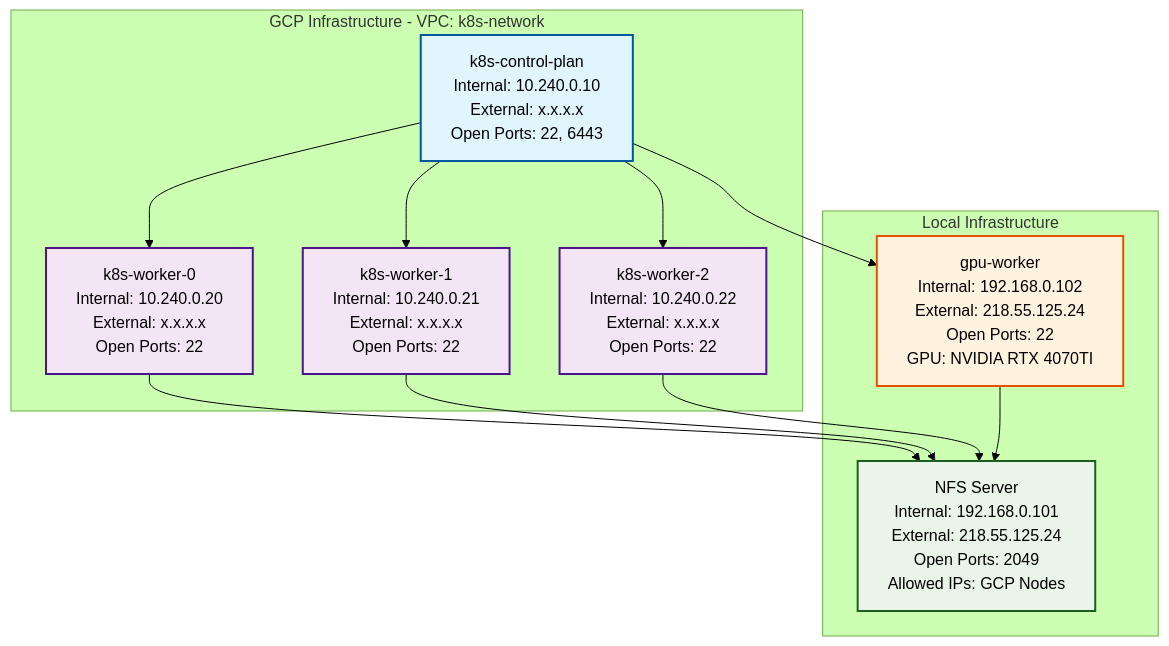
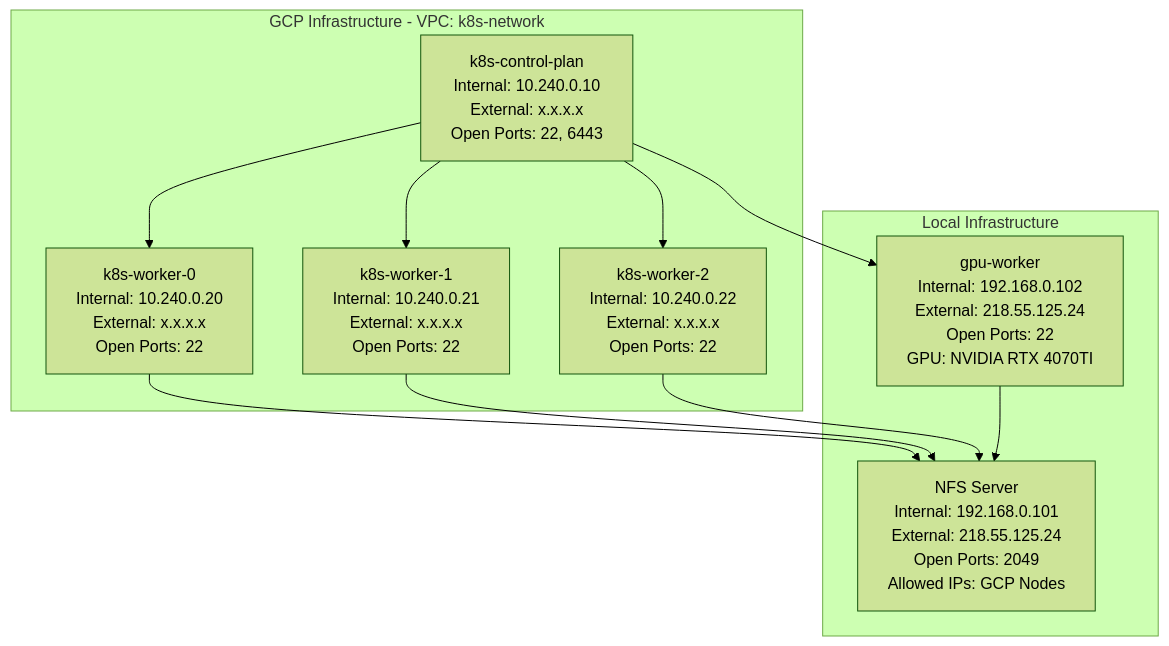
The diagram in README.md (moseoh/ai-k8s-practice), drawn with Mermaid (forest theme) before and after one commit.

Commit message:
docs: 아키텍쳐 색상 수정 (#3)

````diff
--- a/README.md
+++ b/README.md
@@ -26,38 +26,33 @@
 ```mermaid
 flowchart TB
     subgraph LOCAL["Local Infrastructure"]
         NFS["NFS Server<br/>Internal: 192.168.0.101<br/>External: 218.55.125.24<br/>Open Ports: 2049<br/>Allowed IPs: GCP Nodes"]
 
         GPU["gpu-worker<br/>Internal: 192.168.0.102<br/>External: 218.55.125.24<br/>Open Ports: 22<br/>GPU: NVIDIA RTX 4070TI"]
     end
 
     subgraph GCP["GCP Infrastructure - VPC: k8s-network"]
         ControlPlan["k8s-control-plan<br/>Internal: 10.240.0.10<br/>External: x.x.x.x<br/>Open Ports: 22, 6443"]
 
         Worker1["k8s-worker-0<br/>Internal: 10.240.0.20<br/>External: x.x.x.x<br/>Open Ports: 22"]
 
         Worker2["k8s-worker-1<br/>Internal: 10.240.0.21<br/>External: x.x.x.x<br/>Open Ports: 22"]
 
         Worker3["k8s-worker-2<br/>Internal: 10.240.0.22<br/>External: x.x.x.x<br/>Open Ports: 22"]
     end
 
     ControlPlan --> Worker1
     ControlPlan --> Worker2
     ControlPlan --> Worker3
     ControlPlan --> GPU
 
     Worker1 --> NFS
     Worker2 --> NFS
     Worker3 --> NFS
     GPU --> NFS
 
-    classDef control-plan fill:#e1f5fe,stroke:#01579b,stroke-width:2px
-    classDef worker fill:#f3e5f5,stroke:#4a148c,stroke-width:2px
-    classDef nfs fill:#e8f5e8,stroke:#1b5e20,stroke-width:2px
-    classDef gpu fill:#fff3e0,stroke:#e65100,stroke-width:2px
-
     class ControlPlan control-plan
     class Worker1,Worker2,Worker3 worker
     class NFS nfs
     class GPU gpu
 ```
````
